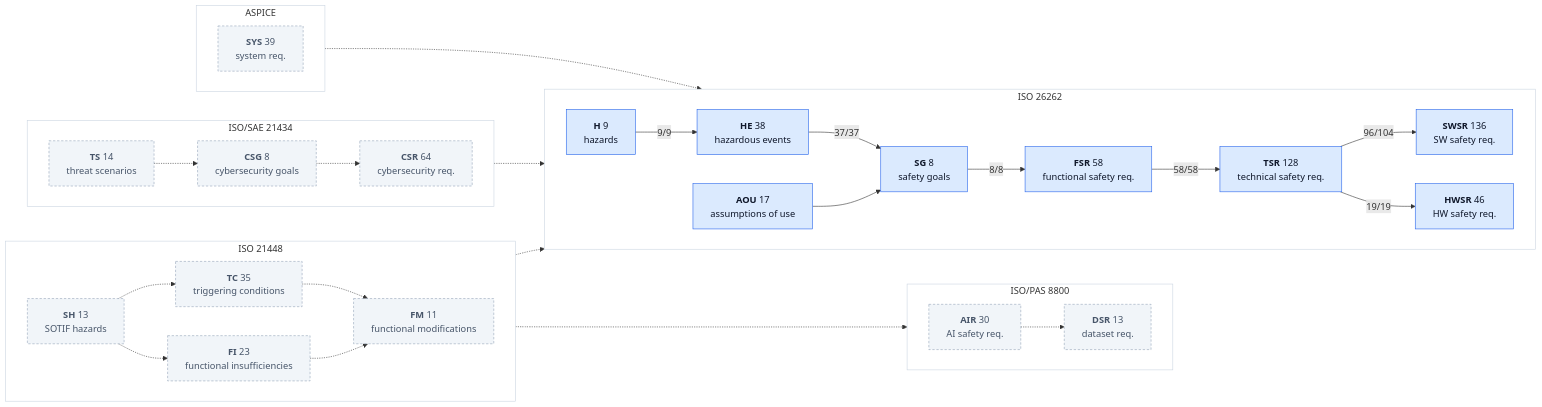
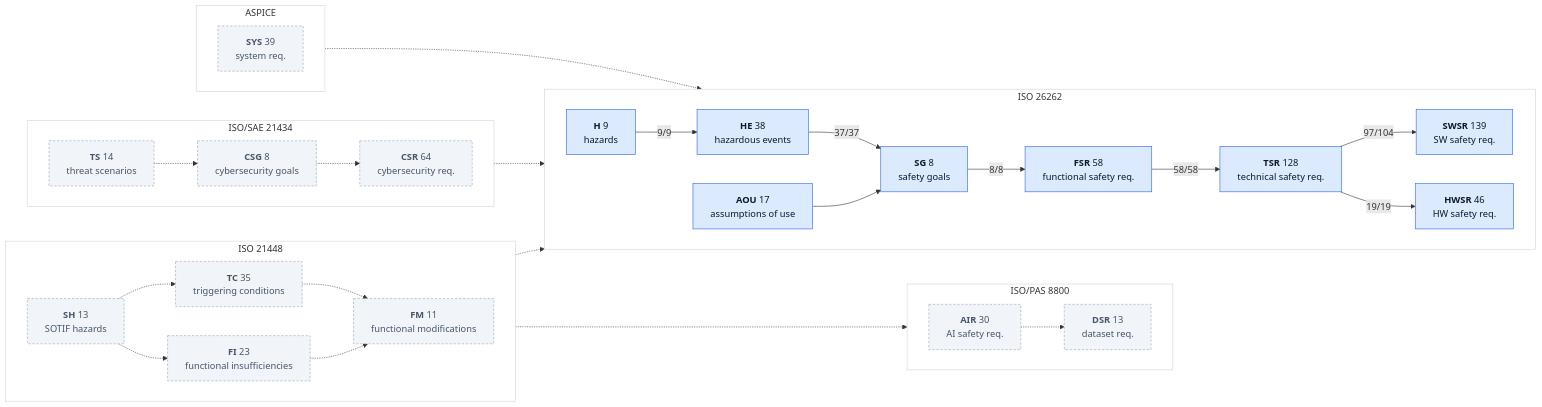
The second of 2 diagrams in assurance/trace/maps/aspice-trace-map.md (jherrodthomas/LionDriver), drawn with Mermaid before and after one commit. The commit also changed other lines of this file and 14 other files, not shown here.

````diff
--- a/assurance/trace/maps/aspice-trace-map.md
+++ b/assurance/trace/maps/aspice-trace-map.md
@@ -188,61 +188,61 @@
 ```mermaid
 flowchart LR
   subgraph ISO26262["ISO 26262"]
     direction LR
     kH["<b>H</b> 9<br/>hazards"]:::traced
     kHE["<b>HE</b> 38<br/>hazardous events"]:::traced
     kSG["<b>SG</b> 8<br/>safety goals"]:::traced
     kFSR["<b>FSR</b> 58<br/>functional safety req."]:::traced
     kTSR["<b>TSR</b> 128<br/>technical safety req."]:::traced
-    kSWSR["<b>SWSR</b> 136<br/>SW safety req."]:::traced
+    kSWSR["<b>SWSR</b> 139<br/>SW safety req."]:::traced
     kHWSR["<b>HWSR</b> 46<br/>HW safety req."]:::traced
     kAOU["<b>AOU</b> 17<br/>assumptions of use"]:::traced
   end
   style ISO26262 fill:#FFFFFF,stroke:#CBD5E1
   subgraph ISO21448["ISO 21448"]
     direction LR
     kSH["<b>SH</b> 13<br/>SOTIF hazards"]:::doc
     kTC["<b>TC</b> 35<br/>triggering conditions"]:::doc
     kFI["<b>FI</b> 23<br/>functional insufficiencies"]:::doc
     kFM["<b>FM</b> 11<br/>functional modifications"]:::doc
   end
   style ISO21448 fill:#FFFFFF,stroke:#CBD5E1
   subgraph ISOPAS8800["ISO/PAS 8800"]
     direction LR
     kAIR["<b>AIR</b> 30<br/>AI safety req."]:::doc
     kDSR["<b>DSR</b> 13<br/>dataset req."]:::doc
   end
   style ISOPAS8800 fill:#FFFFFF,stroke:#CBD5E1
   subgraph ISOSAE21434["ISO/SAE 21434"]
     direction LR
     kTS["<b>TS</b> 14<br/>threat scenarios"]:::doc
     kCSG["<b>CSG</b> 8<br/>cybersecurity goals"]:::doc
     kCSR["<b>CSR</b> 64<br/>cybersecurity req."]:::doc
   end
   style ISOSAE21434 fill:#FFFFFF,stroke:#CBD5E1
   subgraph ASPICE["ASPICE"]
     direction LR
     kSYS["<b>SYS</b> 39<br/>system req."]:::doc
   end
   style ASPICE fill:#FFFFFF,stroke:#CBD5E1
   kH -->|"9/9"| kHE
   kHE -->|"37/37"| kSG
   kSG -->|"8/8"| kFSR
   kFSR -->|"58/58"| kTSR
-  kTSR -->|"96/104"| kSWSR
+  kTSR -->|"97/104"| kSWSR
   kTSR -->|"19/19"| kHWSR
   kAOU --> kSG
   kSH -.-> kTC
   kSH -.-> kFI
   kTC -.-> kFM
   kFI -.-> kFM
   kSH -.-> kHE
   kFI -.-> kAIR
   kAIR -.-> kDSR
   kTS -.-> kCSG
   kCSG -.-> kCSR
   kCSG -.-> kSG
   kSYS -.-> kTSR
   classDef traced fill:#DBEAFE,stroke:#2563EB,color:#0F172A
   classDef doc fill:#F1F5F9,stroke:#94A3B8,stroke-dasharray:4 3,color:#475569
 ```
````
